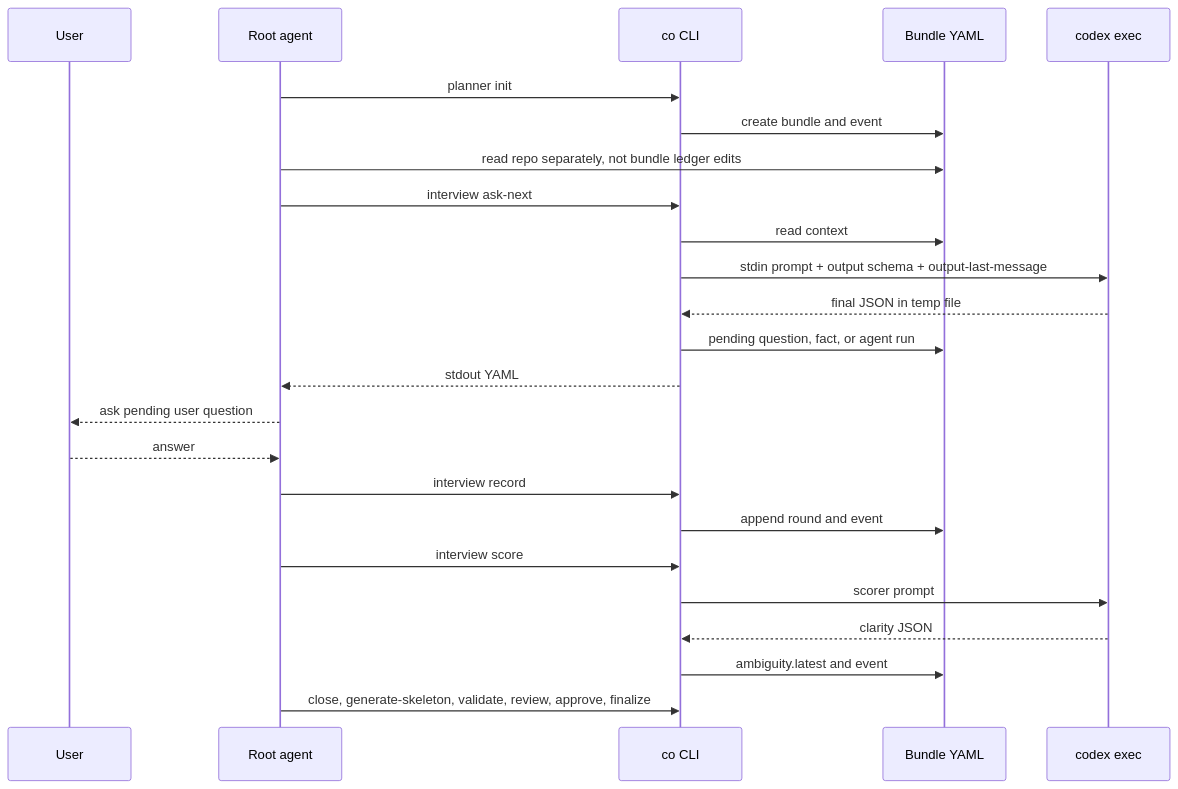
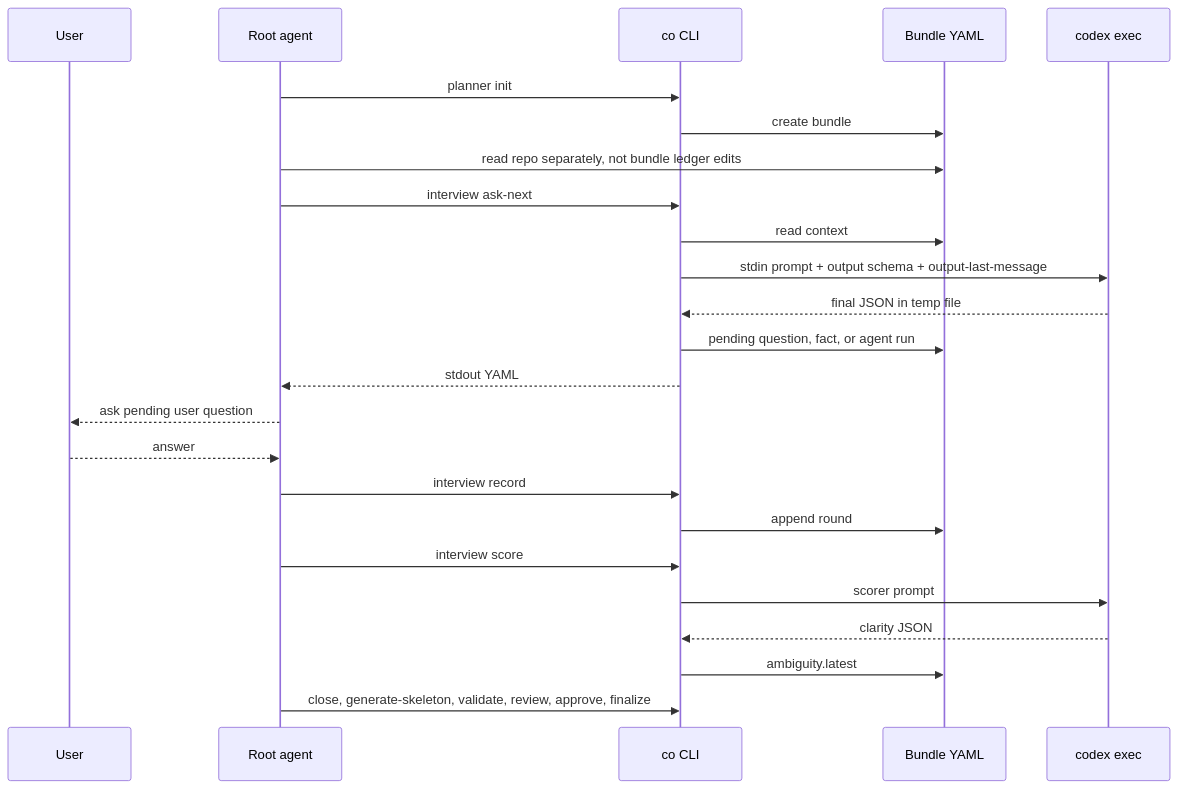
Before and after one commit to mym0404/coflow: the first of 2 diagrams in skills/coplan/README.md, drawn with Mermaid. The commit also changed other lines of this file and 12 other files, not shown here.

````diff
--- a/skills/coplan/README.md
+++ b/skills/coplan/README.md
@@ -178,27 +177,27 @@
 ```mermaid
 sequenceDiagram
   participant User
   participant Root as Root agent
   participant EX as co CLI
   participant Bundle as Bundle YAML
   participant Codex as codex exec
 
   Root->>EX: planner init
-  EX->>Bundle: create bundle and event
+  EX->>Bundle: create bundle
   Root->>Bundle: read repo separately, not bundle ledger edits
   Root->>EX: interview ask-next
   EX->>Bundle: read context
   EX->>Codex: stdin prompt + output schema + output-last-message
   Codex-->>EX: final JSON in temp file
   EX->>Bundle: pending question, fact, or agent run
   EX-->>Root: stdout YAML
   Root-->>User: ask pending user question
   User-->>Root: answer
   Root->>EX: interview record
-  EX->>Bundle: append round and event
+  EX->>Bundle: append round
   Root->>EX: interview score
   EX->>Codex: scorer prompt
   Codex-->>EX: clarity JSON
-  EX->>Bundle: ambiguity.latest and event
+  EX->>Bundle: ambiguity.latest
   Root->>EX: close, generate-skeleton, validate, review, approve, finalize
 ```
````
